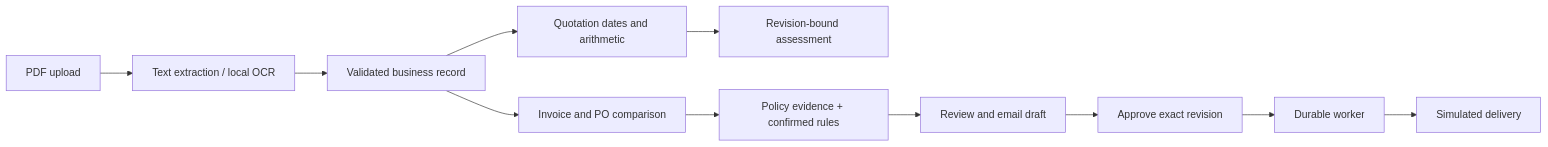
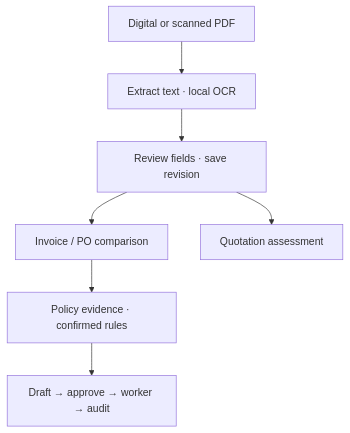
One commit to surajnair17/vendorops-ai changed the diagram in README.md. Above: the diagram before and after it, drawn with Mermaid. The commit also changed other lines of this file, not shown here.

````diff
--- a/README.md
+++ b/README.md
@@ -238,13 +227,9 @@
 ```mermaid
-flowchart LR
-    A[PDF upload] --> B[Text extraction / local OCR]
-    B --> C[Validated business record]
-    C --> Q[Quotation dates and arithmetic]
-    Q --> R[Revision-bound assessment]
-    C --> D[Invoice and PO comparison]
-    D --> E[Policy evidence + confirmed rules]
-    E --> F[Review and email draft]
-    F --> G[Approve exact revision]
-    G --> H[Durable worker]
-    H --> I[Simulated delivery]
+flowchart TD
+    A[Digital or scanned PDF] --> B[Extract text · local OCR]
+    B --> C[Review fields · save revision]
+    C --> D[Invoice / PO comparison]
+    C --> E[Quotation assessment]
+    D --> F[Policy evidence · confirmed rules]
+    F --> G[Draft → approve → worker → audit]
 ```
````
